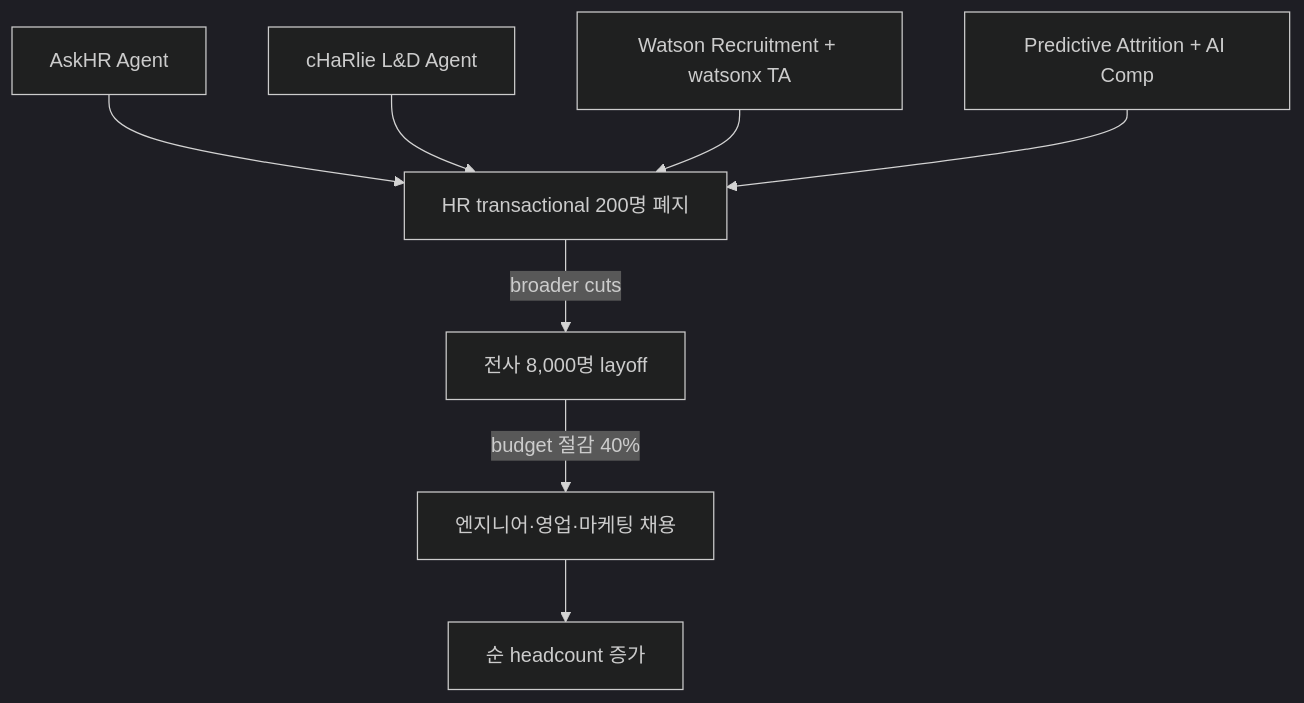
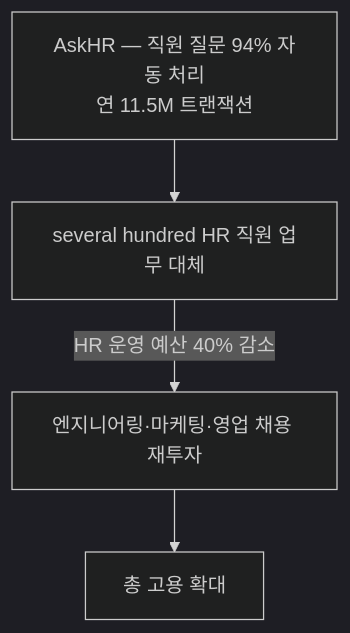
Before and after one commit to jameskim1st/hr-ai-benchmark: the diagram in wiki/usecases/ibm-hr-workforce-reduction-agentic.md, drawn with Mermaid (dark theme). The commit also changed other lines of this file and 222 other files, not shown here.

````diff
--- a/wiki/usecases/ibm-hr-workforce-reduction-agentic.md
+++ b/wiki/usecases/ibm-hr-workforce-reduction-agentic.md
@@ -76,10 +69,6 @@
 ```mermaid
 flowchart TB
-    AskHR[AskHR Agent] --> Reduce[HR transactional 200명 폐지]
-    Charlie[cHaRlie L&D Agent] --> Reduce
-    Watson[Watson Recruitment + watsonx TA] --> Reduce
-    Predict[Predictive Attrition + AI Comp] --> Reduce
-    Reduce -->|broader cuts| Total[전사 8,000명 layoff]
-    Total -->|budget 절감 40%| Reinvest[엔지니어·영업·마케팅 채용]
-    Reinvest --> NetGrowth[순 headcount 증가]
+    AskHR[AskHR — 직원 질문 94% 자동 처리<br/>연 11.5M 트랜잭션] --> Reduce[several hundred HR 직원 업무 대체]
+    Reduce -->|HR 운영 예산 40% 감소| Reinvest[엔지니어링·마케팅·영업 채용 재투자]
+    Reinvest --> NetGrowth[총 고용 확대]
 ```
````
